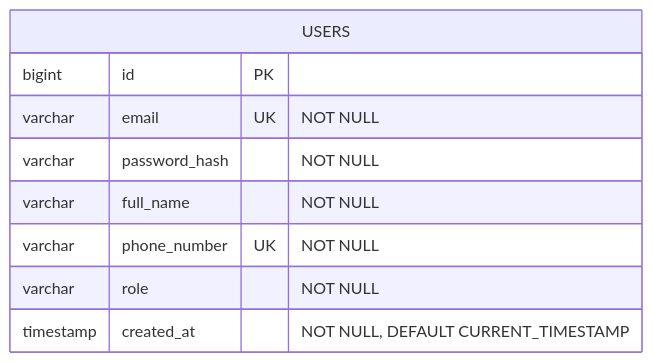
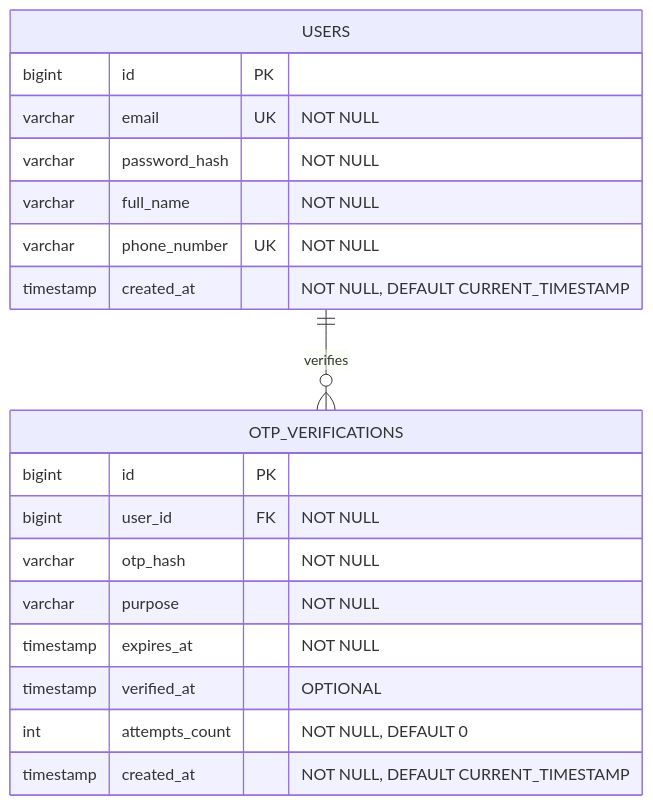
The fourth of 8 diagrams in docs/task-04/README.md (BlackyB0o/CS261_650001_group5), drawn with Mermaid before and after one commit. The commit also changed other lines of this file and 1 other file, not shown here.

Commit message:
removed role selection, added OTP login and reset password

````diff
--- a/docs/task-04/README.md
+++ b/docs/task-04/README.md
@@ -300,12 +435,24 @@
 ```mermaid
 erDiagram
+    USERS ||--o{ OTP_VERIFICATIONS : verifies
+
     USERS {
         bigint id PK
         varchar email UK "NOT NULL"
         varchar password_hash "NOT NULL"
         varchar full_name "NOT NULL"
         varchar phone_number UK "NOT NULL"
-        varchar role "NOT NULL"
+        timestamp created_at "NOT NULL, DEFAULT CURRENT_TIMESTAMP"
+    }
+
+    OTP_VERIFICATIONS {
+        bigint id PK
+        bigint user_id FK "NOT NULL"
+        varchar otp_hash "NOT NULL"
+        varchar purpose "NOT NULL"
+        timestamp expires_at "NOT NULL"
+        timestamp verified_at "OPTIONAL"
+        int attempts_count "NOT NULL, DEFAULT 0"
         timestamp created_at "NOT NULL, DEFAULT CURRENT_TIMESTAMP"
     }
 ```
````
